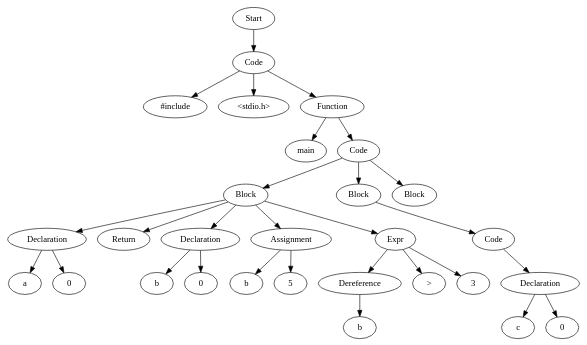
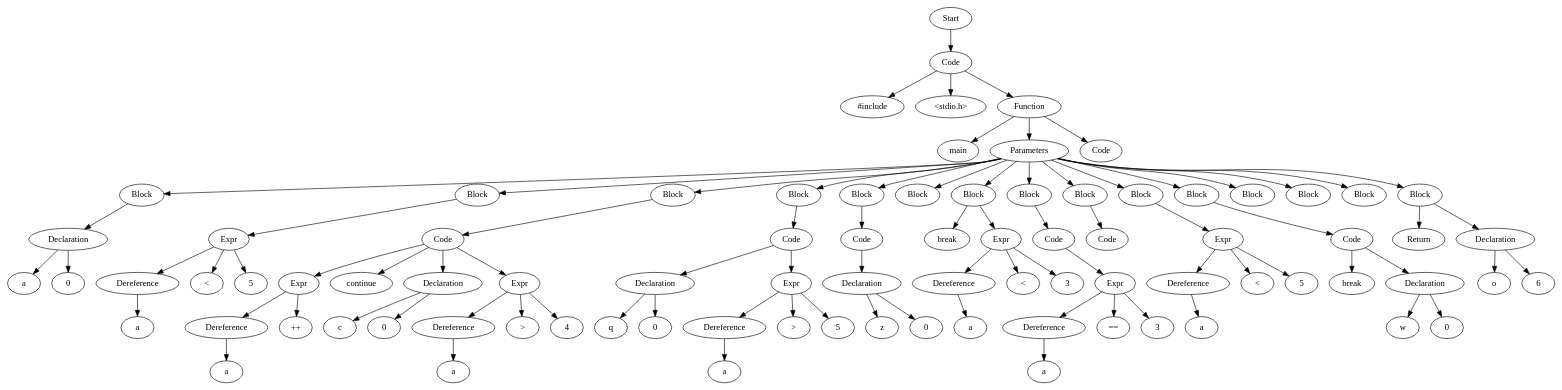
The diagram in TestCases/ASTTests/DeadCodeRemoveTests/CreateTests/read_file_before.dot (Are-you-listening/Compilers), drawn with Graphviz before and after one commit. The commit also changed 254 other files, not shown here.

```diff
--- a/TestCases/ASTTests/DeadCodeRemoveTests/CreateTests/read_file_before.dot
+++ b/TestCases/ASTTests/DeadCodeRemoveTests/CreateTests/read_file_before.dot
@@ -1,59 +1,171 @@
 digraph AST {
-  "123503069627680" [label="Start"];
-  "123503069627680" -> "123503069634352";
-  "123503069634352" [label="Code"];
-  "123503069634352" -> "123503069633584";
-  "123503069634352" -> "123503069639392";
-  "123503069634352" -> "123503069633344";
-  "123503069633584" [label="#include"];
-  "123503069639392" [label="<stdio.h>"];
-  "123503069633344" [label="Function"];
-  "123503069633344" -> "123503069630416";
-  "123503069633344" -> "123503069627152";
-  "123503069630416" [label="main"];
-  "123503069627152" [label="Code"];
-  "123503069627152" -> "123503069787664";
-  "123503069627152" -> "123503069786224";
-  "123503069627152" -> "123503069781328";
-  "123503069787664" [label="Block"];
-  "123503069787664" -> "123503069639920";
-  "123503069787664" -> "123503069636320";
-  "123503069787664" -> "123503069636944";
-  "123503069787664" -> "123503069777920";
-  "123503069787664" -> "123503069780752";
-  "123503069639920" [label="Declaration"];
-  "123503069639920" -> "123503069641168";
-  "123503069639920" -> "123503069633920";
-  "123503069641168" [label="a"];
-  "123503069633920" [label="0"];
-  "123503069636320" [label="Return"];
-  "123503069636944" [label="Declaration"];
-  "123503069636944" -> "123503069630512";
-  "123503069636944" -> "123503069638576";
-  "123503069630512" [label="b"];
-  "123503069638576" [label="0"];
-  "123503069777920" [label="Assignment"];
-  "123503069777920" -> "123503069776960";
-  "123503069777920" -> "123503069781856";
-  "123503069776960" [label="b"];
-  "123503069781856" [label="5"];
-  "123503069780752" [label="Expr"];
-  "123503069780752" -> "123503069639680";
-  "123503069780752" -> "123503069780512";
-  "123503069780752" -> "123503069782672";
-  "123503069639680" [label="Dereference"];
-  "123503069639680" -> "123503069780080";
-  "123503069780080" [label="b"];
-  "123503069780512" [label=">"];
-  "123503069782672" [label="3"];
-  "123503069786224" [label="Block"];
-  "123503069786224" -> "123503069780032";
-  "123503069780032" [label="Code"];
-  "123503069780032" -> "123503069775808";
-  "123503069775808" [label="Declaration"];
-  "123503069775808" -> "123503069785408";
-  "123503069775808" -> "123503069786560";
-  "123503069785408" [label="c"];
-  "123503069786560" [label="0"];
-  "123503069781328" [label="Block"];
+  "129549671002752" [label="Start"];
+  "129549671002752" -> "129549671002464";
+  "129549671002464" [label="Code"];
+  "129549671002464" -> "129549671002368";
+  "129549671002464" -> "129549671002128";
+  "129549671002464" -> "129549671002032";
+  "129549671002368" [label="#include"];
+  "129549671002128" [label="<stdio.h>"];
+  "129549671002032" [label="Function"];
+  "129549671002032" -> "129549670995216";
+  "129549671002032" -> "129549670993872";
+  "129549671002032" -> "129549670995072";
+  "129549670995216" [label="main"];
+  "129549670993872" [label="Parameters"];
+  "129549670993872" -> "129549669112688";
+  "129549670993872" -> "129549669111776";
+  "129549670993872" -> "129549669112208";
+  "129549670993872" -> "129549669107504";
+  "129549670993872" -> "129549669106784";
+  "129549670993872" -> "129549669107456";
+  "129549670993872" -> "129549669108128";
+  "129549670993872" -> "129549669110240";
+  "129549670993872" -> "129549669109568";
+  "129549670993872" -> "129549669109328";
+  "129549670993872" -> "129549669109376";
+  "129549670993872" -> "129549669109424";
+  "129549670993872" -> "129549669110192";
+  "129549670993872" -> "129549669110864";
+  "129549670993872" -> "129549669112256";
+  "129549669112688" [label="Block"];
+  "129549669112688" -> "129549671004912";
+  "129549671004912" [label="Declaration"];
+  "129549671004912" -> "129549670994400";
+  "129549671004912" -> "129549670998672";
+  "129549670994400" [label="a"];
+  "129549670998672" [label="0"];
+  "129549669111776" [label="Block"];
+  "129549669111776" -> "129549670994016";
+  "129549670994016" [label="Expr"];
+  "129549670994016" -> "129549670996320";
+  "129549670994016" -> "129549671003280";
+  "129549670994016" -> "129549670991952";
+  "129549670996320" [label="Dereference"];
+  "129549670996320" -> "129549670998864";
+  "129549670998864" [label="a"];
+  "129549671003280" [label="<"];
+  "129549670991952" [label="5"];
+  "129549669112208" [label="Block"];
+  "129549669112208" -> "129549670999056";
+  "129549670999056" [label="Code"];
+  "129549670999056" -> "129549670994976";
+  "129549670999056" -> "129549670998480";
+  "129549670999056" -> "129549670991760";
+  "129549670999056" -> "129549671005680";
+  "129549670994976" [label="Expr"];
+  "129549670994976" -> "129549670999920";
+  "129549670994976" -> "129549670990800";
+  "129549670999920" [label="Dereference"];
+  "129549670999920" -> "129549670996656";
+  "129549670996656" [label="a"];
+  "129549670990800" [label="++"];
+  "129549670998480" [label="continue"];
+  "129549670991760" [label="Declaration"];
+  "129549670991760" -> "129549671005584";
+  "129549670991760" -> "129549671001504";
+  "129549671005584" [label="c"];
+  "129549671001504" [label="0"];
+  "129549671005680" [label="Expr"];
+  "129549671005680" -> "129549670991712";
+  "129549671005680" -> "129549670995696";
+  "129549671005680" -> "129549671005104";
+  "129549670991712" [label="Dereference"];
+  "129549670991712" -> "129549670990752";
+  "129549670990752" [label="a"];
+  "129549670995696" [label=">"];
+  "129549671005104" [label="4"];
+  "129549669107504" [label="Block"];
+  "129549669107504" -> "129549670991904";
+  "129549670991904" [label="Code"];
+  "129549670991904" -> "129549670992096";
+  "129549670991904" -> "129549671000640";
+  "129549670992096" [label="Declaration"];
+  "129549670992096" -> "129549671001120";
+  "129549670992096" -> "129549671000496";
+  "129549671001120" [label="q"];
+  "129549671000496" [label="0"];
+  "129549671000640" [label="Expr"];
+  "129549671000640" -> "129549670994784";
+  "129549671000640" -> "129549671000352";
+  "129549671000640" -> "129549671000208";
+  "129549670994784" [label="Dereference"];
+  "129549670994784" -> "129549671000160";
+  "129549671000160" [label="a"];
+  "129549671000352" [label=">"];
+  "129549671000208" [label="5"];
+  "129549669106784" [label="Block"];
+  "129549669106784" -> "129549670999968";
+  "129549670999968" [label="Code"];
+  "129549670999968" -> "129549670999680";
+  "129549670999680" [label="Declaration"];
+  "129549670999680" -> "129549670999488";
+  "129549670999680" -> "129549670999344";
+  "129549670999488" [label="z"];
+  "129549670999344" [label="0"];
+  "129549669107456" [label="Block"];
+  "129549669108128" [label="Block"];
+  "129549669108128" -> "129549671000688";
+  "129549669108128" -> "129549670999008";
+  "129549671000688" [label="break"];
+  "129549670999008" [label="Expr"];
+  "129549670999008" -> "129549671000400";
+  "129549670999008" -> "129549670993296";
+  "129549670999008" -> "129549670992528";
+  "129549671000400" [label="Dereference"];
+  "129549671000400" -> "129549670990320";
+  "129549670990320" [label="a"];
+  "129549670993296" [label="<"];
+  "129549670992528" [label="3"];
+  "129549669110240" [label="Block"];
+  "129549669110240" -> "129549670993152";
+  "129549670993152" [label="Code"];
+  "129549670993152" -> "129549670998720";
+  "129549670998720" [label="Expr"];
+  "129549670998720" -> "129549671000736";
+  "129549670998720" -> "129549670993200";
+  "129549670998720" -> "129549670998384";
+  "129549671000736" [label="Dereference"];
+  "129549671000736" -> "129549670998192";
+  "129549670998192" [label="a"];
+  "129549670993200" [label="=="];
+  "129549670998384" [label="3"];
+  "129549669109568" [label="Block"];
+  "129549669109568" -> "129549671004672";
+  "129549671004672" [label="Code"];
+  "129549669109328" [label="Block"];
+  "129549669109328" -> "129549671004576";
+  "129549671004576" [label="Expr"];
+  "129549671004576" -> "129549670993728";
+  "129549671004576" -> "129549670997328";
+  "129549671004576" -> "129549670997184";
+  "129549670993728" [label="Dereference"];
+  "129549670993728" -> "129549670997712";
+  "129549670997712" [label="a"];
+  "129549670997328" [label="<"];
+  "129549670997184" [label="5"];
+  "129549669109376" [label="Block"];
+  "129549669109376" -> "129549670997040";
+  "129549670997040" [label="Code"];
+  "129549670997040" -> "129549670997376";
+  "129549670997040" -> "129549670996224";
+  "129549670997376" [label="break"];
+  "129549670996224" [label="Declaration"];
+  "129549670996224" -> "129549671004096";
+  "129549670996224" -> "129549670995552";
+  "129549671004096" [label="w"];
+  "129549670995552" [label="0"];
+  "129549669109424" [label="Block"];
+  "129549669110192" [label="Block"];
+  "129549669110864" [label="Block"];
+  "129549669112256" [label="Block"];
+  "129549669112256" -> "129549670999440";
+  "129549669112256" -> "129549670996848";
+  "129549670999440" [label="Return"];
+  "129549670996848" [label="Declaration"];
+  "129549670996848" -> "129549671004480";
+  "129549670996848" -> "129549670997952";
+  "129549671004480" [label="o"];
+  "129549670997952" [label="6"];
+  "129549670995072" [label="Code"];
 }
```
